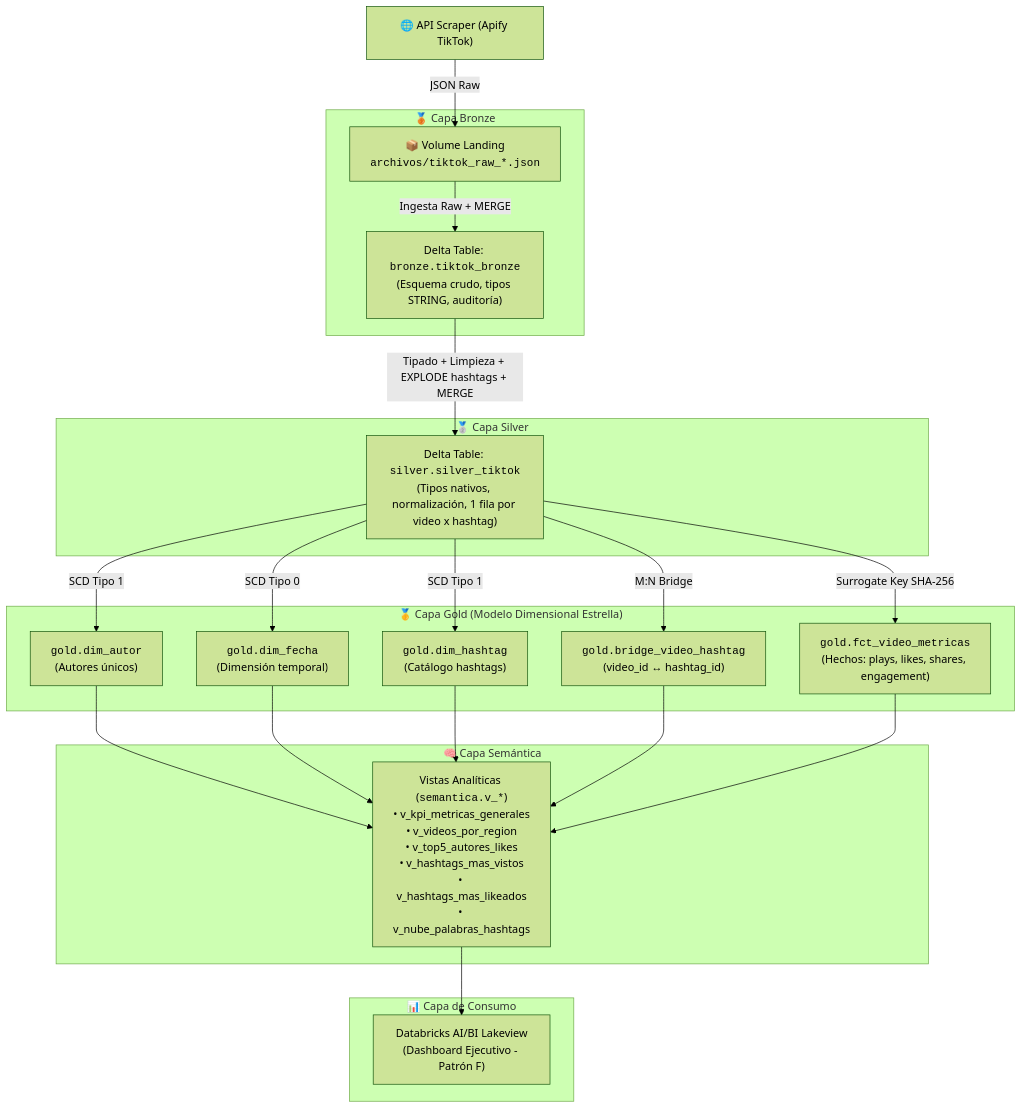
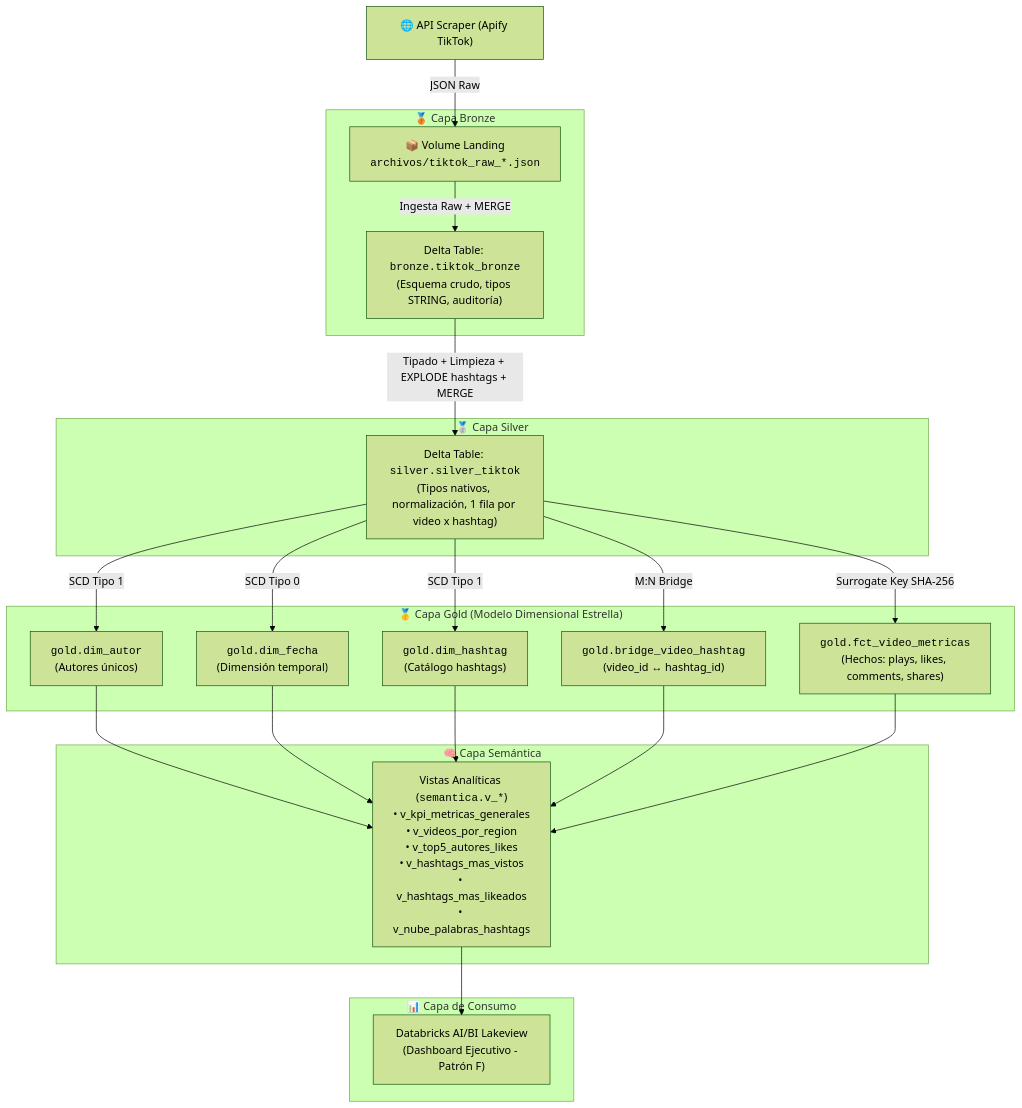
Before and after one commit to manuelmarciales20013-dotcom/proyecto_bootcamp: the first of 2 diagrams in README.md, drawn with Mermaid (forest theme). The commit also changed other lines of this file and 8 other files, not shown here.

````diff
--- a/README.md
+++ b/README.md
@@ -20,28 +20,28 @@
 ```mermaid
 flowchart TD
     API["🌐 API Scraper (Apify TikTok)"] -->|JSON Raw| VOL["📦 Volume Landing<br/><code>archivos/tiktok_raw_*.json</code>"]
     
     subgraph BRONZE_LAYER ["🥉 Capa Bronze"]
         VOL -->|Ingesta Raw + MERGE| BRONZE["Delta Table: <code>bronze.tiktok_bronze</code><br/>(Esquema crudo, tipos STRING, auditoría)"]
     end
     
     subgraph SILVER_LAYER ["🥈 Capa Silver"]
         BRONZE -->|Tipado + Limpieza + EXPLODE hashtags + MERGE| SILVER["Delta Table: <code>silver.silver_tiktok</code><br/>(Tipos nativos, normalización, 1 fila por video x hashtag)"]
     end
     
     subgraph GOLD_LAYER ["🥇 Capa Gold (Modelo Dimensional Estrella)"]
         SILVER -->|SCD Tipo 1| D_AUTOR["<code>gold.dim_autor</code><br/>(Autores únicos)"]
         SILVER -->|SCD Tipo 0| D_FECHA["<code>gold.dim_fecha</code><br/>(Dimensión temporal)"]
         SILVER -->|SCD Tipo 1| D_HASH["<code>gold.dim_hashtag</code><br/>(Catálogo hashtags)"]
         SILVER -->|M:N Bridge| B_HASH["<code>gold.bridge_video_hashtag</code><br/>(video_id ↔ hashtag_id)"]
-        SILVER -->|Surrogate Key SHA-256| F_METRICAS["<code>gold.fct_video_metricas</code><br/>(Hechos: plays, likes, shares, engagement)"]
+        SILVER -->|Surrogate Key SHA-256| F_METRICAS["<code>gold.fct_video_metricas</code><br/>(Hechos: plays, likes, comments, shares)"]
     end
     
     subgraph SEMANTICA_LAYER ["🧠 Capa Semántica"]
         D_AUTOR & D_FECHA & D_HASH & B_HASH & F_METRICAS --> VISTAS["Vistas Analíticas (<code>semantica.v_*</code>)<br/>• v_kpi_metricas_generales<br/>• v_videos_por_region<br/>• v_top5_autores_likes<br/>• v_hashtags_mas_vistos<br/>• v_hashtags_mas_likeados<br/>• v_nube_palabras_hashtags"]
     end
     
     subgraph BI_LAYER ["📊 Capa de Consumo"]
         VISTAS --> DASHBOARD["Databricks AI/BI Lakeview<br/>(Dashboard Ejecutivo - Patrón F)"]
     end
 ```
````
